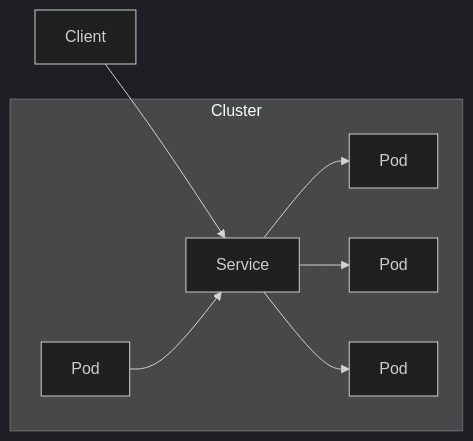
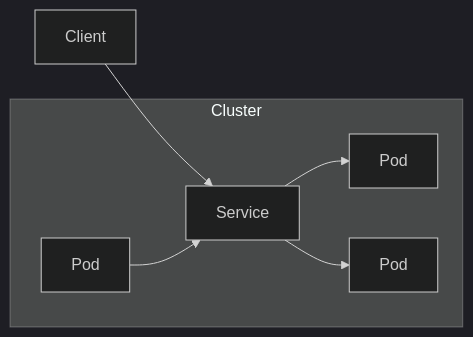
The first of 2 diagrams in pkg/orchestrator/README.md (gazebo-web/cloudsim), drawn with Mermaid (dark theme) before and after one commit.

Commit message:
Remove one pod from services graph.

````diff
--- a/pkg/orchestrator/README.md
+++ b/pkg/orchestrator/README.md
@@ -28,10 +28,9 @@
 ```mermaid
 graph LR;
   client[Client]-->service[Service];
   subgraph cluster[Cluster]
   pod1[Pod]-->service;
   service-->pod2[Pod];
   service-->pod3[Pod];
-  service-->pod4[Pod];
   end
 ```
````
